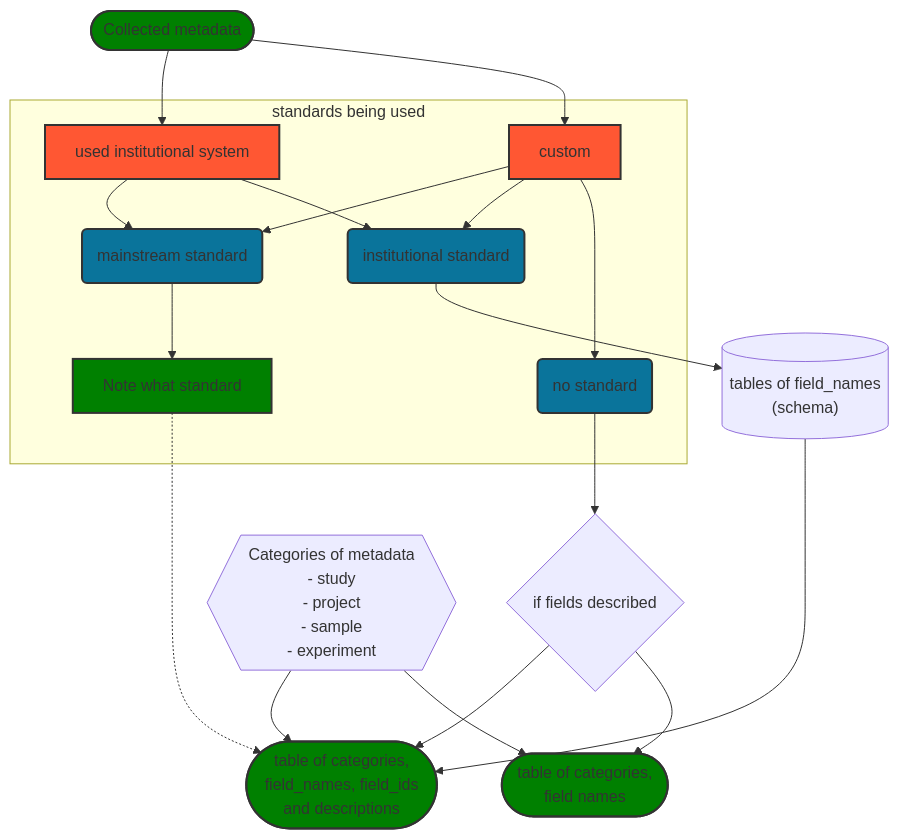
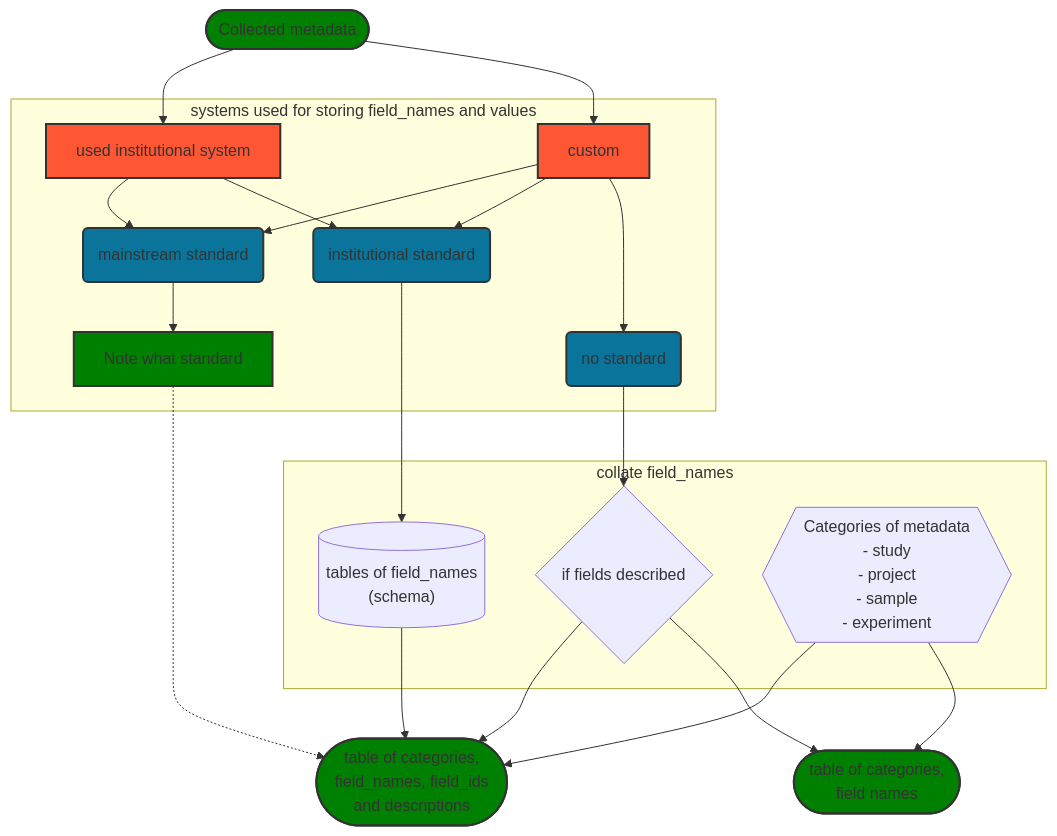
The first of 2 diagrams in docs/FAIRPLUS_recipes/mapping_sample_metadata2ena_checklist_recipe.md (Woolly-at-EBI/ChecklistReviews), drawn with Mermaid before and after one commit. The commit also changed other lines of this file, not shown here.

Commit message:
figure: started aligning your metadata with ENAs

````diff
--- a/docs/FAIRPLUS_recipes/mapping_sample_metadata2ena_checklist_recipe.md
+++ b/docs/FAIRPLUS_recipes/mapping_sample_metadata2ena_checklist_recipe.md
@@ -165,37 +162,37 @@
 ```mermaid
   graph TD; 
       A([Collected metadata])-->B[used institutional system]
       A-->C[custom]
-      subgraph mystds ["standards being used"]
-        
+      
+      subgraph mystds ["systems used for storing field_names and values"]
         C-->D
         B-->D(mainstream standard)
         D-->main-standard[Note what standard]
         B-->E
         C-->E(institutional standard)
         C-->F(no standard)
         end
-      E-->schema[("tables of field_names\n(schema)")]
+        
+      subgraph "collate field_names"  
+        E-->schema[("tables of field_names\n(schema)")]
+        F-->IF{"if fields described"}
+        categories{{"Categories of metadata\n- study\n- project\n- sample\n- experiment"}}
+        end
+
       schema-->definitions(["table of categories,\n field_names, field_ids\nand descriptions"])
-      F-->IF{"if fields described"}
       IF-->definitions
       IF-->no_definitions(["table of categories,\n field names"])
-      categories{{"Categories of metadata\n- study\n- project\n- sample\n- experiment"}}
-      categories-->definitions
+            categories-->definitions
       categories-->no_definitions
       main-standard -..-> definitions
  
-      
       style A fill:#008000,stroke:#333,stroke-width:2px
       style B fill:#FF5733,stroke:#333,stroke-width:2px
       style C fill:#FF5733,stroke:#333,stroke-width:2px
       style D fill:#0A749B,stroke:#333,stroke-width:2px
       style E fill:#0A749B,stroke:#333,stroke-width:2px
       style F fill:#0A749B,stroke:#333,stroke-width:2px
       style main-standard fill:#008000,stroke:#333,stroke-width:2px
       style definitions fill:#008000,stroke:#333,stroke-width:2px
       style no_definitions fill:#008000,stroke:#333,stroke-width:2px
-      
-      
-      
 ```
````
